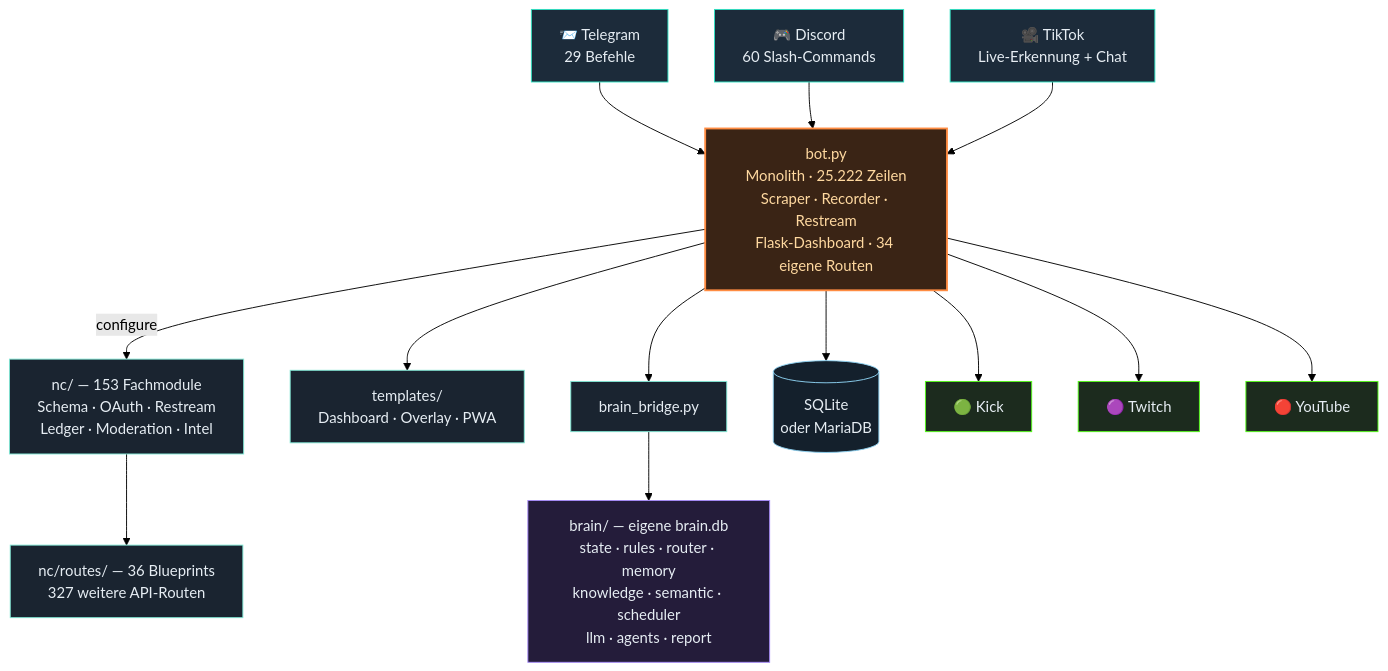
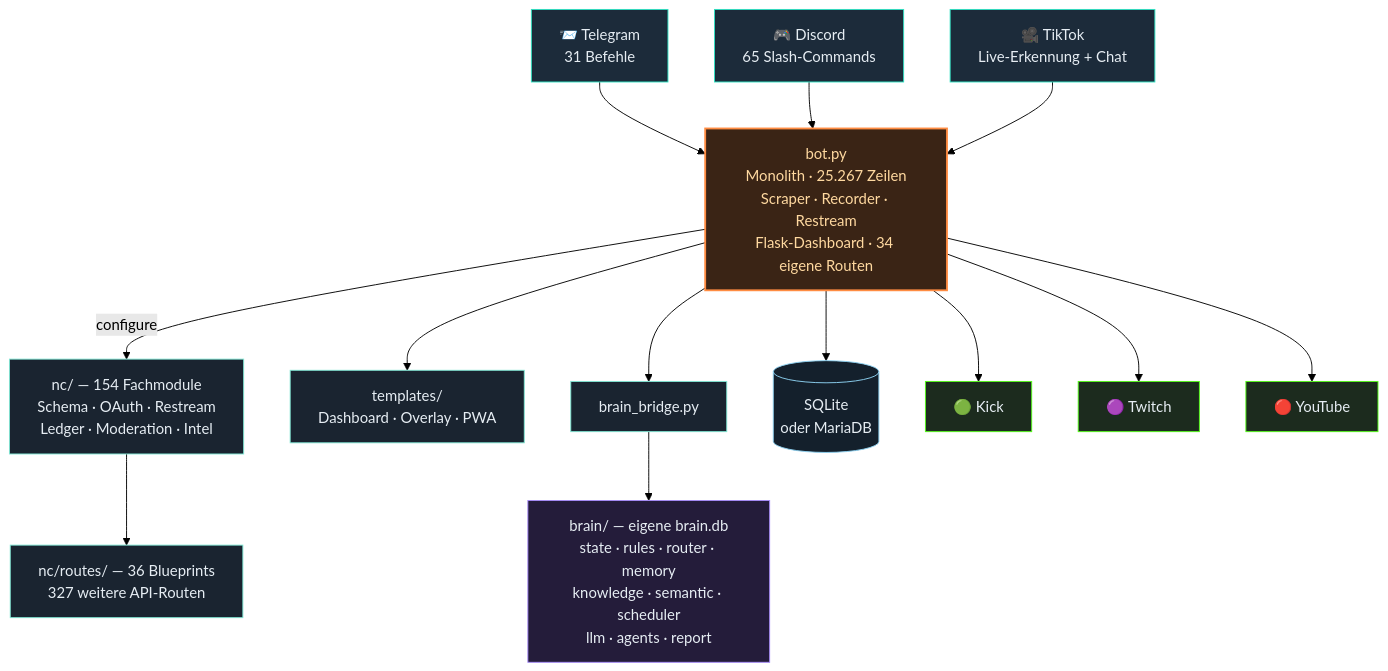
Before and after one commit to itsamemedev/Telegram-Stream-Info-Bot: the third of 4 diagrams in README.md, drawn with Mermaid (forest theme). The commit also changed other lines of this file and 16 other files, not shown here.

````diff
--- a/README.md
+++ b/README.md
@@ -189,30 +189,30 @@
 ```mermaid
 flowchart TB
-    TG["📨 Telegram<br/>29 Befehle"]:::ein
-    DC["🎮 Discord<br/>60 Slash-Commands"]:::ein
+    TG["📨 Telegram<br/>31 Befehle"]:::ein
+    DC["🎮 Discord<br/>65 Slash-Commands"]:::ein
     TT["🎥 TikTok<br/>Live-Erkennung + Chat"]:::ein
 
     TG --> BOT
     DC --> BOT
     TT --> BOT
 
-    BOT["bot.py<br/>Monolith · 25.222 Zeilen<br/>Scraper · Recorder · Restream<br/>Flask-Dashboard · 34 eigene Routen"]:::core
+    BOT["bot.py<br/>Monolith · 25.267 Zeilen<br/>Scraper · Recorder · Restream<br/>Flask-Dashboard · 34 eigene Routen"]:::core
 
-    BOT -->|configure| NC["nc/ — 153 Fachmodule<br/>Schema · OAuth · Restream<br/>Ledger · Moderation · Intel"]:::lib
+    BOT -->|configure| NC["nc/ — 154 Fachmodule<br/>Schema · OAuth · Restream<br/>Ledger · Moderation · Intel"]:::lib
     NC --> RT["nc/routes/ — 36 Blueprints<br/>327 weitere API-Routen"]:::lib
     BOT --> TPL["templates/<br/>Dashboard · Overlay · PWA"]:::lib
     BOT --> BR["brain_bridge.py"]:::lib
     BR --> BRAIN["brain/ — eigene brain.db<br/>state · rules · router · memory<br/>knowledge · semantic · scheduler<br/>llm · agents · report"]:::brain
     BOT --> DB[("SQLite<br/>oder MariaDB")]:::db
 
     BOT --> KICK["🟢 Kick"]:::out
     BOT --> TW["🟣 Twitch"]:::out
     BOT --> YT["🔴 YouTube"]:::out
 
     classDef ein fill:#1c2b3a,stroke:#2de1c2,color:#e6edf3
     classDef core fill:#3a2415,stroke:#ff8c42,stroke-width:2px,color:#ffd9a0
     classDef lib fill:#1a2430,stroke:#7fe7d4,color:#e6edf3
     classDef brain fill:#241c3a,stroke:#a78bfa,color:#e6edf3
     classDef db fill:#14202c,stroke:#8fd3f4,color:#e6edf3
     classDef out fill:#1c2b1e,stroke:#53fc18,color:#e6edf3
 ```
````
